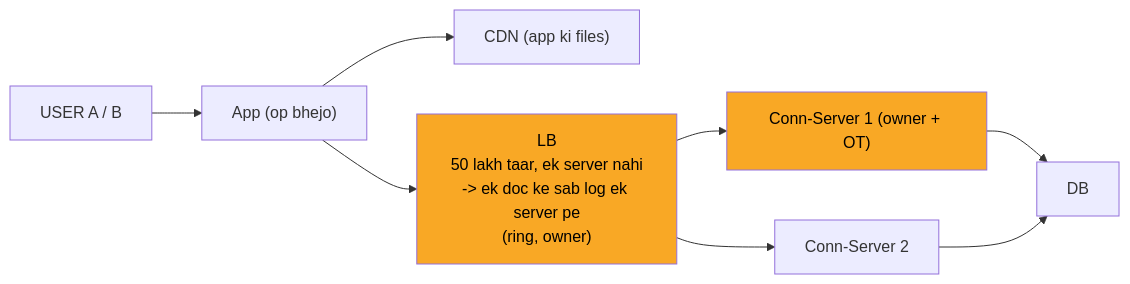
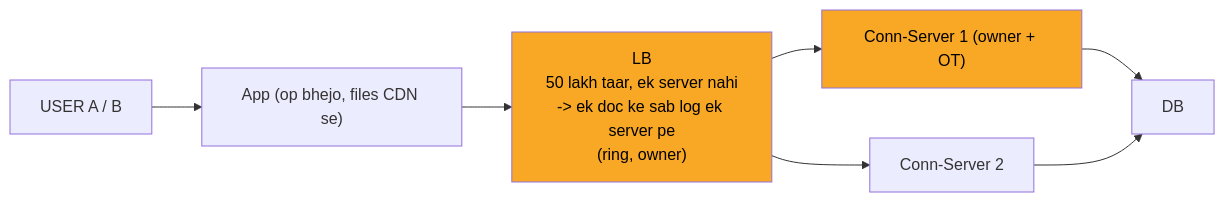
Before and after one commit to ArpanMaheshwari144/Prep: the fifth of 10 diagrams in 04_HLD/SYSTEM_DESIGNS/11_google_docs_collab/11_google_docs_collab.md, drawn with Mermaid. The commit also changed other lines of this file and 12 other files, not shown here.

````diff
--- a/04_HLD/SYSTEM_DESIGNS/11_google_docs_collab/11_google_docs_collab.md
+++ b/04_HLD/SYSTEM_DESIGNS/11_google_docs_collab/11_google_docs_collab.md
@@ -177,19 +177,17 @@
 ```mermaid
 flowchart LR
     n_USER["USER A / B"]
-    n_App["App (op bhejo)"]
-    n_CDN["CDN (app ki files)"]
+    n_App["App (op bhejo, files CDN se)"]
     n_LB["LB<br/>50 lakh taar, ek server nahi<br/>-> ek doc ke sab log ek server pe<br/>(ring, owner)"]
     n_CS1["Conn-Server 1 (owner + OT)"]
     n_CS2["Conn-Server 2"]
     n_DB["DB"]
     n_USER --> n_App
-    n_App --> n_CDN
     n_App --> n_LB
     n_LB --> n_CS1
     n_LB --> n_CS2
     n_CS1 --> n_DB
     n_CS2 --> n_DB
     style n_LB fill:#f9a825,color:#000
     style n_CS1 fill:#f9a825,color:#000
 ```
````
